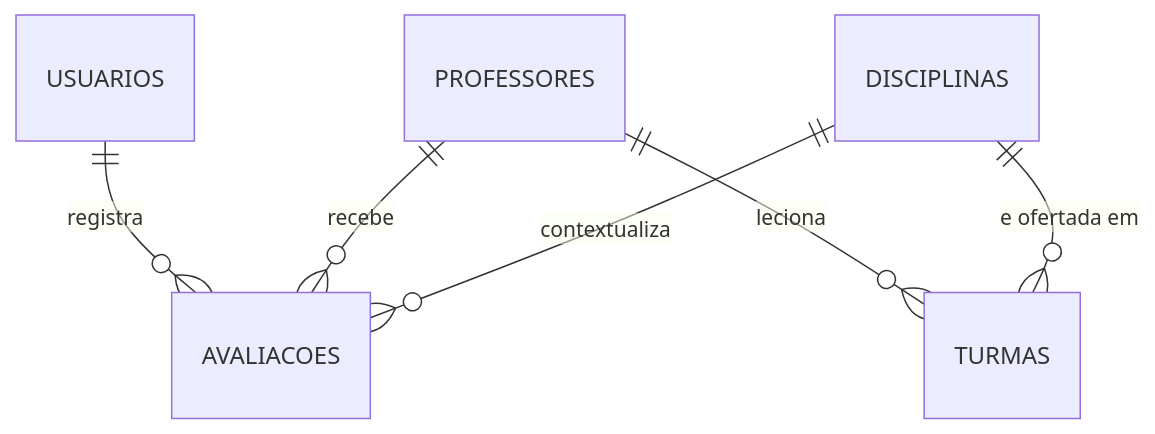
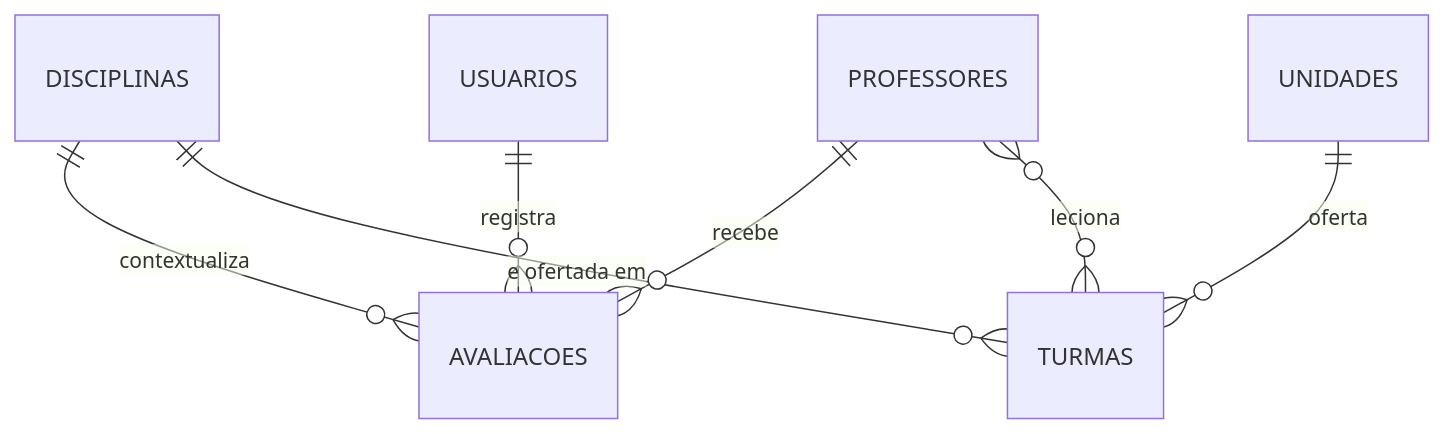
One commit to unb-mds/2026-02-UnDb changed the second of 3 diagrams in docs/arquitetura.md. Above: the diagram before and after it, drawn with Mermaid. The commit also changed other lines of this file and 30 other files, not shown here.

````diff
--- a/docs/arquitetura.md
+++ b/docs/arquitetura.md
@@ -76,8 +76,9 @@
 ```mermaid
 erDiagram
     USUARIOS ||--o{ AVALIACOES : "registra"
-    PROFESSORES ||--o{ TURMAS : "leciona"
+    UNIDADES ||--o{ TURMAS : "oferta"
+    PROFESSORES }o--o{ TURMAS : "leciona"
     DISCIPLINAS ||--o{ TURMAS : "e ofertada em"
     PROFESSORES ||--o{ AVALIACOES : "recebe"
     DISCIPLINAS ||--o{ AVALIACOES : "contextualiza"
 ```
````
